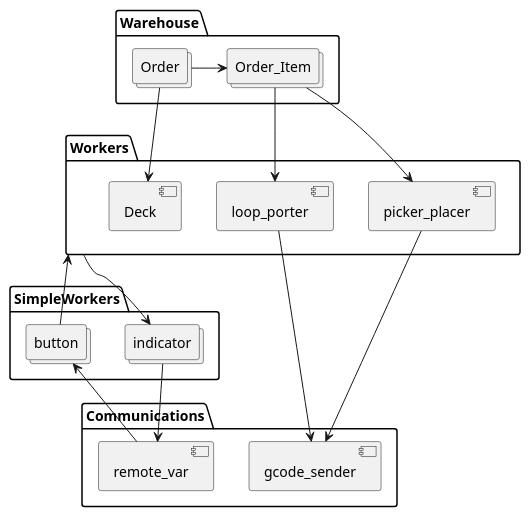
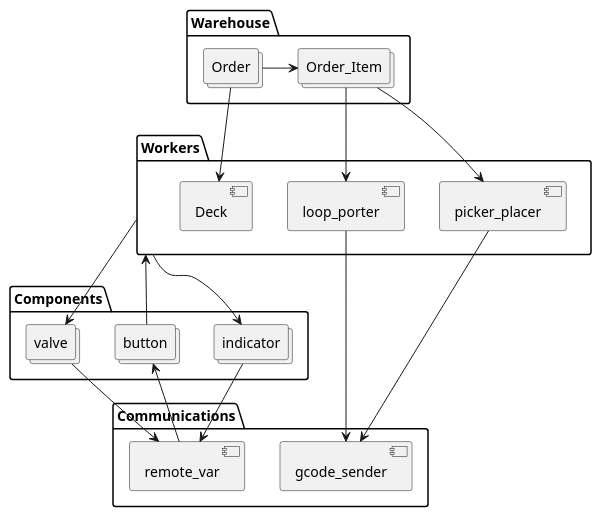
The diagram in apps/port1234/twh_wcs/docs/architecture.puml (voicevon/gobot_front), drawn with PlantUML before and after one commit. The commit also changed 2 other files, not shown here.

```diff
--- a/apps/port1234/twh_wcs/docs/architecture.puml
+++ b/apps/port1234/twh_wcs/docs/architecture.puml
@@ -1,38 +1,42 @@
 @startuml
 allowmixing
 
 folder Warehouse{
     collections Order
     collections Order_Item
     Order -> Order_Item
 }
 
 folder Workers{
     component loop_porter
     component Deck
     component picker_placer
 
 }
 Order --> Deck
 Order_Item --> loop_porter
 Order_Item -->picker_placer
 
-folder SimpleWorkers{
+folder Components{
     collections indicator
     collections button
+    collections valve
+
 
 }
 Workers --> indicator
+Workers --> valve
 Workers <-- button
 
 
 folder Communications{
     component gcode_sender
     component remote_var
 }
 loop_porter ---> gcode_sender
 picker_placer ---> gcode_sender
 indicator --> remote_var
+valve --> remote_var
 button <-- remote_var
 
 @enduml
```
